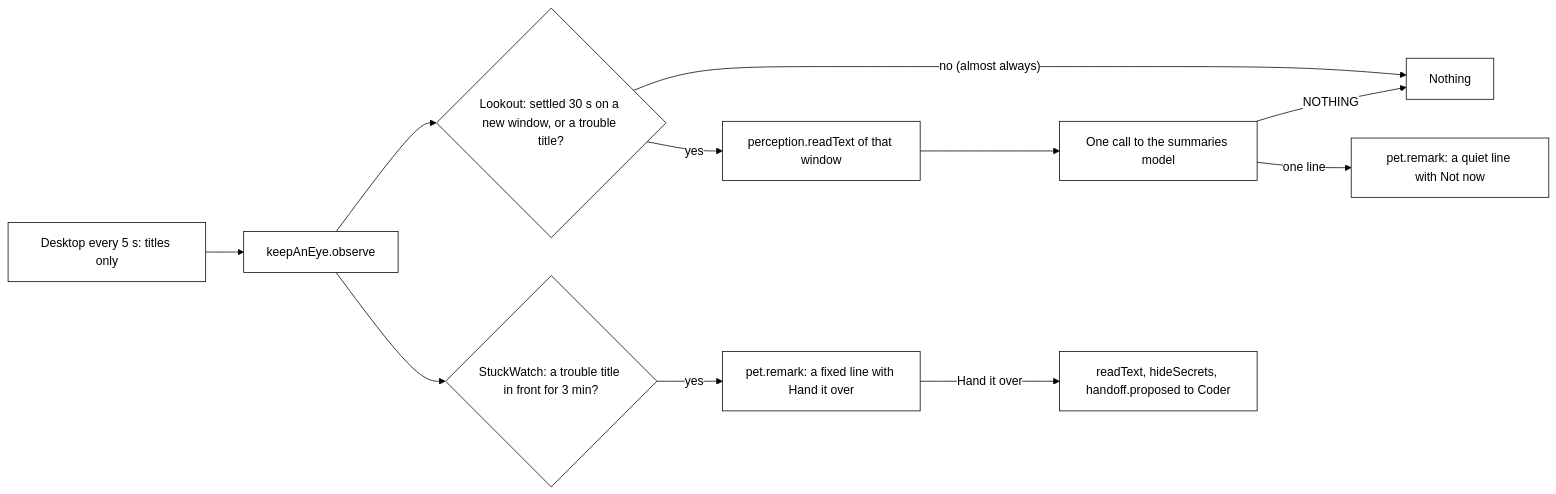
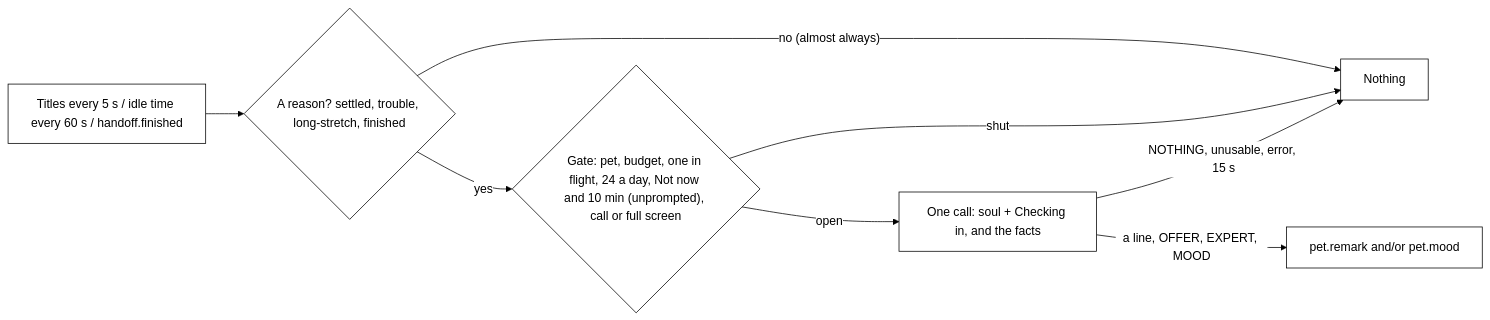
Before and after one commit to nadeem4/tagalong: the ninth of 17 diagrams in docs/architecture.md, drawn with Mermaid. The commit also changed other lines of this file and 5 other files, not shown here.

````diff
--- a/docs/architecture.md
+++ b/docs/architecture.md
@@ -1679,14 +1685,11 @@
 ```mermaid
 %%{init: {"theme": "base", "themeVariables": {"primaryColor": "#ffffff", "primaryTextColor": "#000000", "primaryBorderColor": "#000000", "lineColor": "#000000", "secondaryColor": "#ffffff", "tertiaryColor": "#ffffff", "background": "#ffffff", "clusterBkg": "#ffffff", "clusterBorder": "#000000"}}}%%
 flowchart LR
-  T["Desktop every 5 s: titles only"] --> O["keepAnEye.observe"]
-  O --> L{"Lookout: settled 30 s on a new window, or a trouble title?"}
-  L -- "no (almost always)" --> X["Nothing"]
-  L -- "yes" --> R["perception.readText of that window"]
-  R --> M["One call to the summaries model"]
-  M -- "NOTHING" --> X
-  M -- "one line" --> P["pet.remark: a quiet line with Not now"]
-  O --> S{"StuckWatch: a trouble title in front for 3 min?"}
-  S -- "yes" --> Q["pet.remark: a fixed line with Hand it over"]
-  Q -- "Hand it over" --> H["readText, hideSecrets, handoff.proposed to Coder"]
+  T["Titles every 5 s / idle time every 60 s / handoff.finished"] --> W{"A reason? settled, trouble, long-stretch, finished"}
+  W -- "no (almost always)" --> X["Nothing"]
+  W -- "yes" --> G{"Gate: pet, budget, one in flight, 24 a day, Not now and 10 min (unprompted), call or full screen"}
+  G -- "shut" --> X
+  G -- "open" --> M["One call: soul + Checking in, and the facts"]
+  M -- "NOTHING, unusable, error, 15 s" --> X
+  M -- "a line, OFFER, EXPERT, MOOD" --> D["pet.remark and/or pet.mood"]
 ```
````
